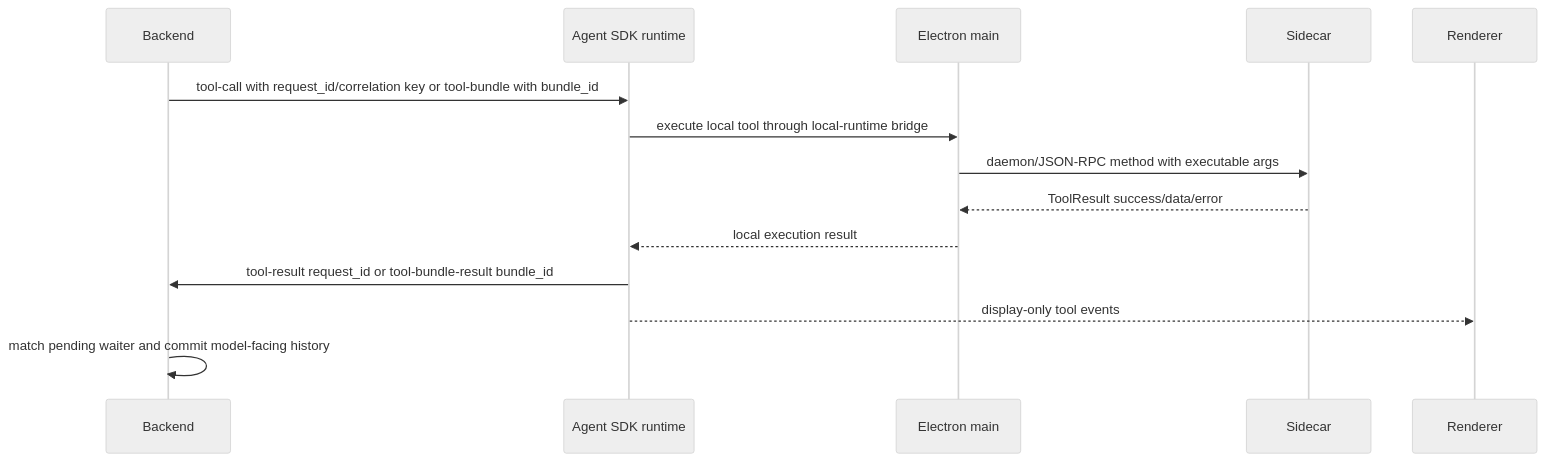
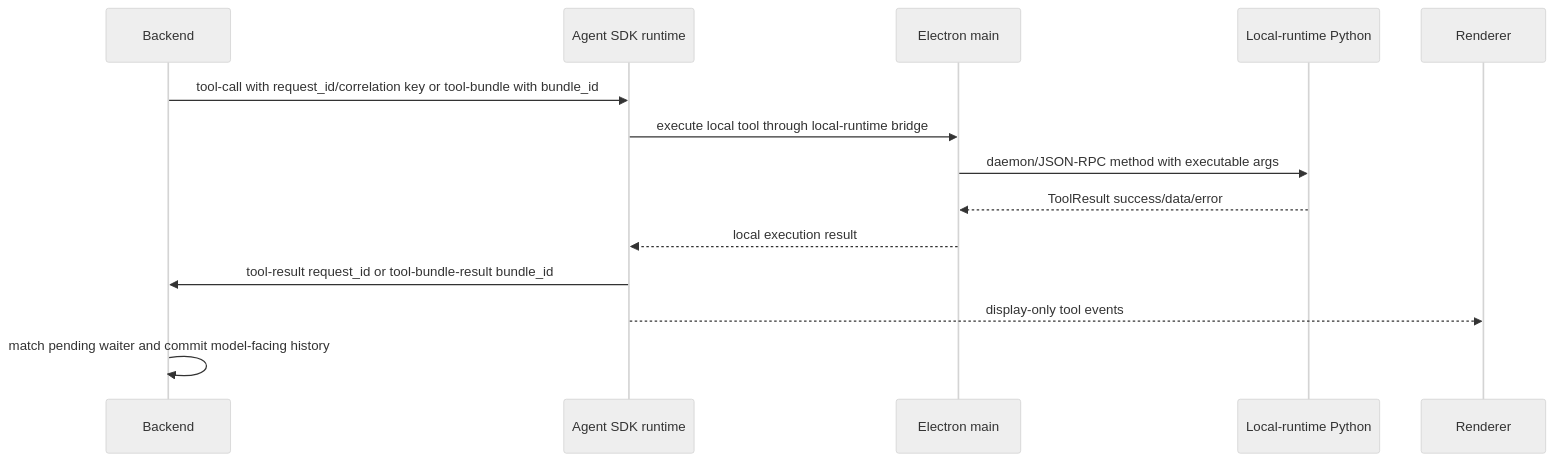
Before and after one commit to buiilding/My_Own_OpenClaw: the second of 2 diagrams in docs/reference/session_and_transcript_reference.md, drawn with Mermaid (neutral theme). The commit also changed 10 other files, not shown here.

First line of the commit message:
docs(runtime): route public local-python labels

````diff
--- a/docs/reference/session_and_transcript_reference.md
+++ b/docs/reference/session_and_transcript_reference.md
@@ -86,15 +86,15 @@
 ```mermaid
 sequenceDiagram
   participant Backend
   participant SDK as Agent SDK runtime
   participant Main as Electron main
-  participant Sidecar
+  participant RuntimePython as Local-runtime Python
   Backend->>SDK: tool-call with request_id/correlation key or tool-bundle with bundle_id
   SDK->>Main: execute local tool through local-runtime bridge
-  Main->>Sidecar: daemon/JSON-RPC method with executable args
-  Sidecar-->>Main: ToolResult success/data/error
+  Main->>RuntimePython: daemon/JSON-RPC method with executable args
+  RuntimePython-->>Main: ToolResult success/data/error
   Main-->>SDK: local execution result
   SDK->>Backend: tool-result request_id or tool-bundle-result bundle_id
   SDK-->>Renderer: display-only tool events
   Backend->>Backend: match pending waiter and commit model-facing history
 ```
````
